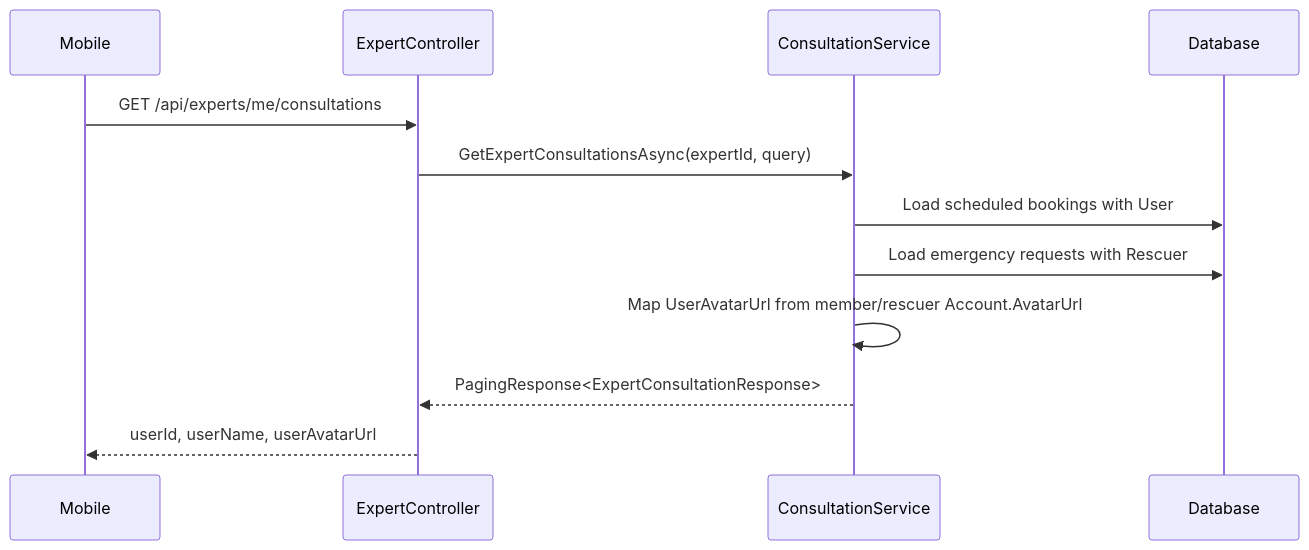
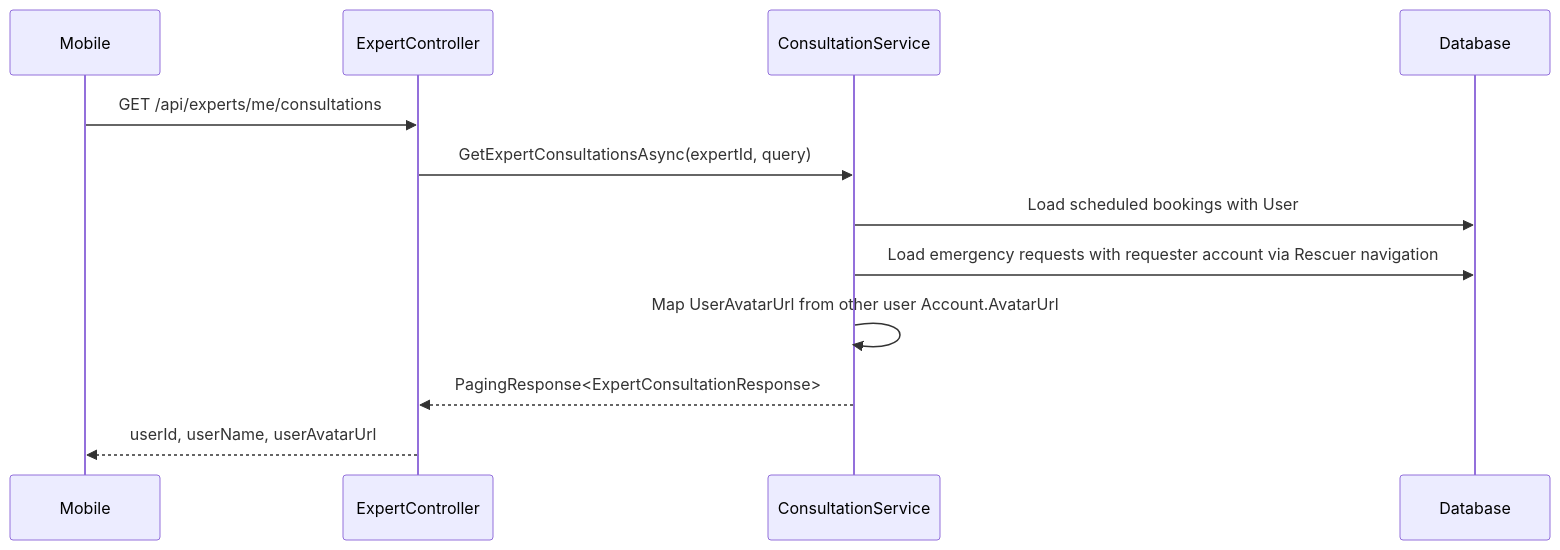
The third of 3 diagrams in Docs/05-Backend/02-layers/expert-avatar/expert-avatar.sourcecode.md (Snake-AID/SnakeAid.Docs), drawn with Mermaid before and after one commit. The commit also changed other lines of this file and 4 other files, not shown here.

First line of the commit message:
docs(backend): refine expert-avatar terminology to "other user"

````diff
--- a/Docs/05-Backend/02-layers/expert-avatar/expert-avatar.sourcecode.md
+++ b/Docs/05-Backend/02-layers/expert-avatar/expert-avatar.sourcecode.md
@@ -60,15 +60,15 @@
 ```mermaid
 sequenceDiagram
 participant M as Mobile
 participant C as ExpertController
 participant S as ConsultationService
 participant DB as Database
 
 M->>C: GET /api/experts/me/consultations
 C->>S: GetExpertConsultationsAsync(expertId, query)
 S->>DB: Load scheduled bookings with User
-S->>DB: Load emergency requests with Rescuer
-S->>S: Map UserAvatarUrl from member/rescuer Account.AvatarUrl
+S->>DB: Load emergency requests with requester account via Rescuer navigation
+S->>S: Map UserAvatarUrl from other user Account.AvatarUrl
 S-->>C: PagingResponse<ExpertConsultationResponse>
 C-->>M: userId, userName, userAvatarUrl
 ```
````
